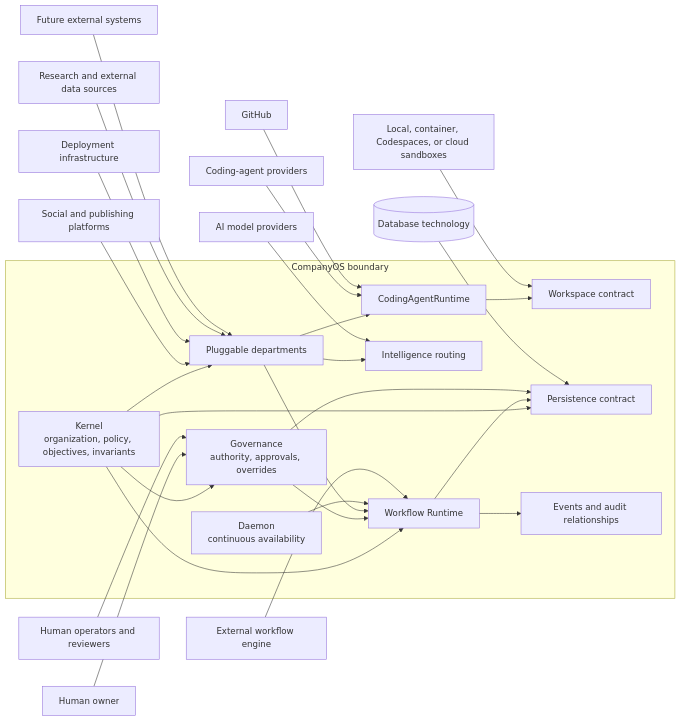
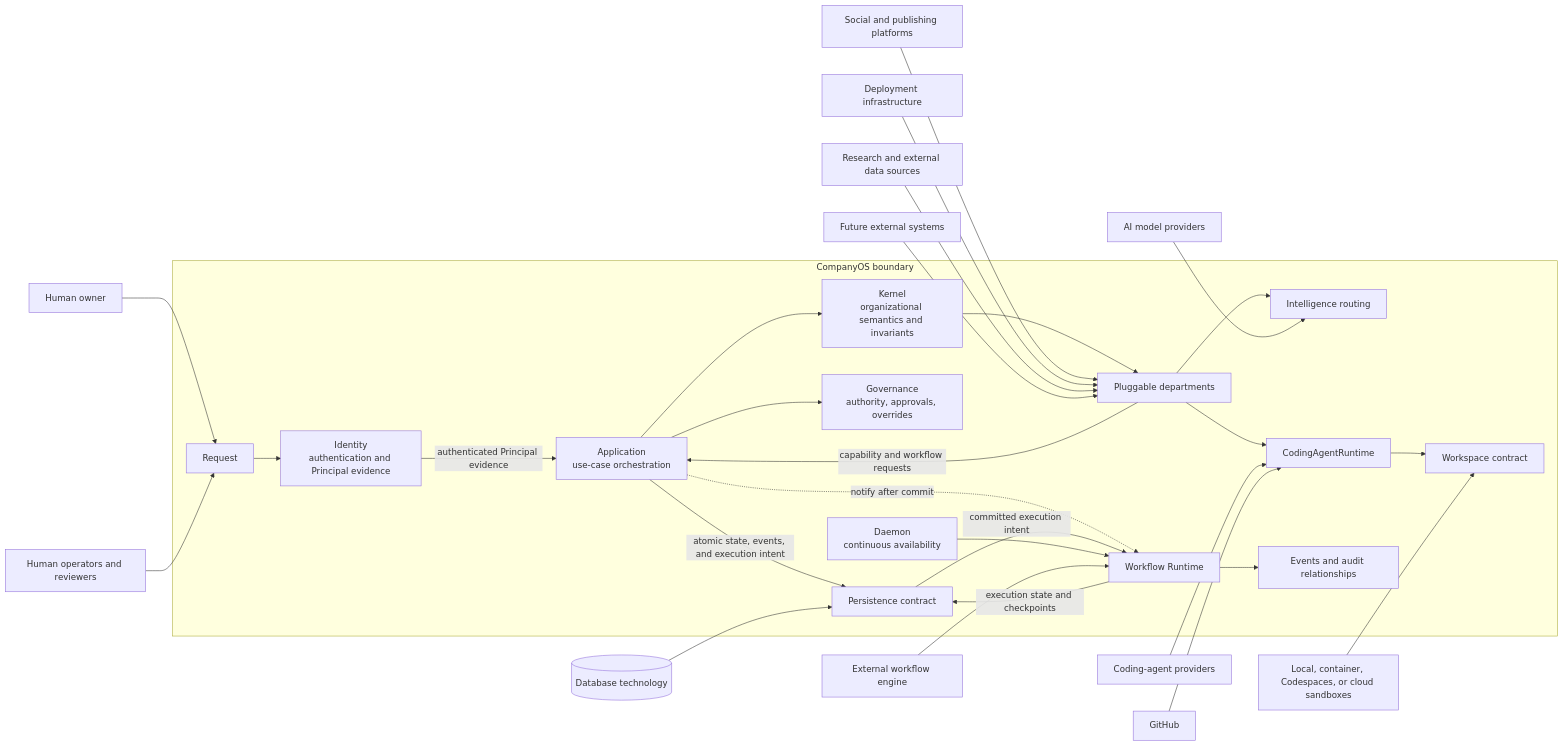
One commit to Node-Features/company-os changed the diagram in docs/architecture/system-context.md. Above: the diagram before and after it, drawn with Mermaid.

Commit message:
docs: correct system context execution flow

````diff
--- a/docs/architecture/system-context.md
+++ b/docs/architecture/system-context.md
@@ -90,46 +90,51 @@
 ```mermaid
 flowchart LR
     Owner[Human owner]
     Operators[Human operators and reviewers]
 
     subgraph COS[CompanyOS boundary]
-        Kernel[Kernel\norganization, policy, objectives, invariants]
+        Request[Request]
+        Identity[Identity\nauthentication and Principal evidence]
+        Application[Application\nuse-case orchestration]
+        Kernel[Kernel\norganizational semantics and invariants]
         Governance[Governance\nauthority, approvals, overrides]
         Departments[Pluggable departments]
         Runtime[Workflow Runtime]
         Daemon[Daemon\ncontinuous availability]
         Intelligence[Intelligence routing]
         CodingRuntime[CodingAgentRuntime]
         WorkspacePort[Workspace contract]
         PersistencePort[Persistence contract]
         Events[Events and audit relationships]
 
-        Kernel --> Governance
+        Request --> Identity
+        Identity -->|authenticated Principal evidence| Application
+        Application --> Governance
+        Application --> Kernel
+        Application -->|atomic state, events, and execution intent| PersistencePort
+        Application -.->|notify after commit| Runtime
         Kernel --> Departments
-        Kernel --> Runtime
-        Governance --> Runtime
-        Departments --> Runtime
+        Departments -->|capability and workflow requests| Application
+        PersistencePort -->|committed execution intent| Runtime
+        Runtime -->|execution state and checkpoints| PersistencePort
         Runtime --> Events
         Daemon --> Runtime
         Departments --> Intelligence
         Departments --> CodingRuntime
         CodingRuntime --> WorkspacePort
-        Kernel --> PersistencePort
-        Runtime --> PersistencePort
-        Governance --> PersistencePort
     end
 
-    Owner --> Governance
-    Operators --> Governance
+    Owner --> Request
+    Operators --> Request
 
     Models[AI model providers] --> Intelligence
     CodingAgents[Coding-agent providers] --> CodingRuntime
     Workspaces[Local, container, Codespaces, or cloud sandboxes] --> WorkspacePort
     Database[(Database technology)] --> PersistencePort
     WorkflowEngine[External workflow engine] --> Runtime
     GitHub[GitHub] --> CodingRuntime
     Social[Social and publishing platforms] --> Departments
     Deployment[Deployment infrastructure] --> Departments
     Sources[Research and external data sources] --> Departments
     Future[Future external systems] --> Departments
 ```
````
